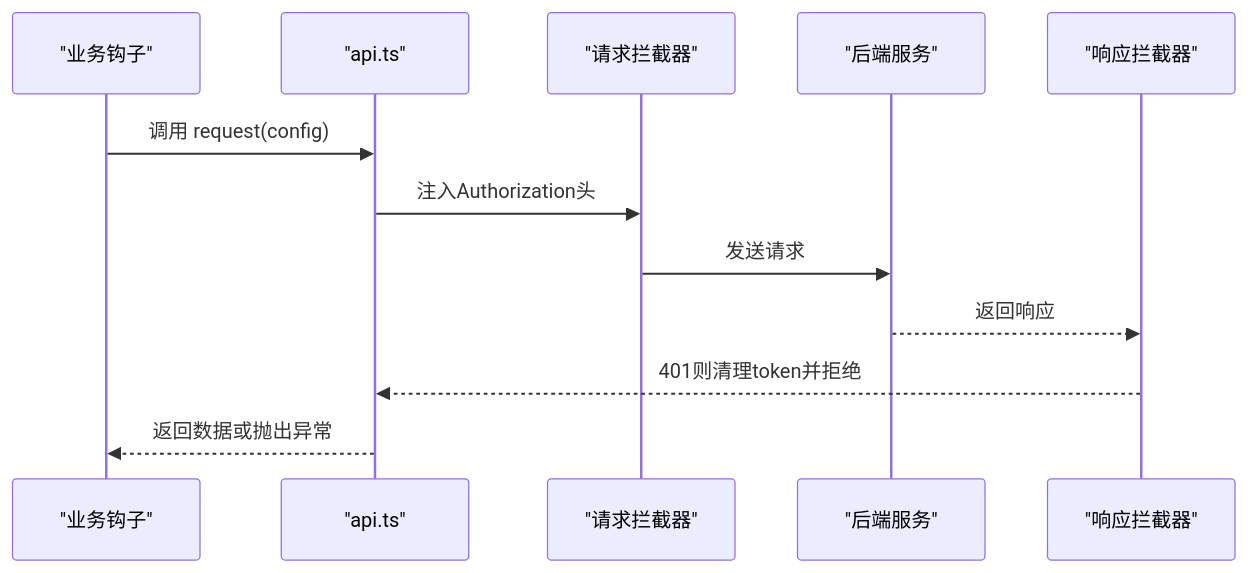
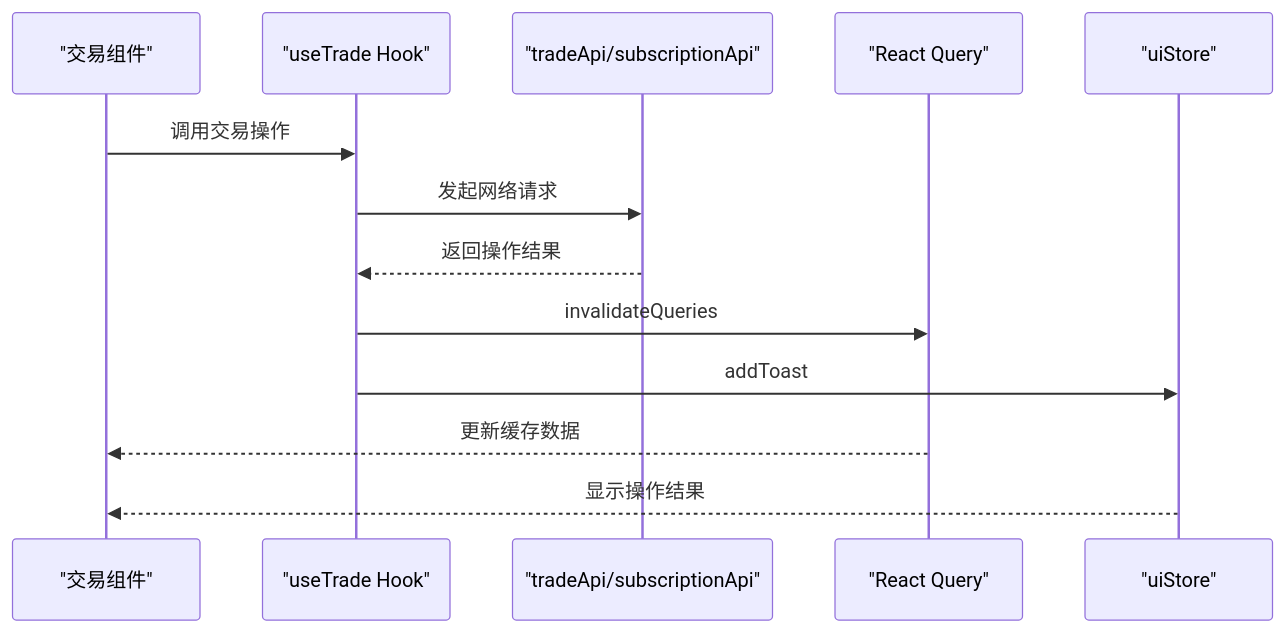
The eighth of 11 diagrams in .qoder/repowiki/zh/content/前端应用架构/状态管理策略/状态管理策略.md (gujialind/InvestRing), drawn with Mermaid before and after one commit. The commit also changed other lines of this file and 39 other files, not shown here.

````diff
--- a/.qoder/repowiki/zh/content/前端应用架构/状态管理策略/状态管理策略.md
+++ b/.qoder/repowiki/zh/content/前端应用架构/状态管理策略/状态管理策略.md
@@ -296,14 +433,15 @@
 ```mermaid
 sequenceDiagram
-participant Hook as "业务钩子"
-participant API as "api.ts"
-participant Interceptor as "请求拦截器"
-participant Server as "后端服务"
-participant Resp as "响应拦截器"
-Hook->>API : 调用 request(config)
-API->>Interceptor : 注入Authorization头
-Interceptor->>Server : 发送请求
-Server-->>Resp : 返回响应
-Resp-->>API : 401则清理token并拒绝
-API-->>Hook : 返回数据或抛出异常
+participant Component as "交易组件"
+participant Hook as "useTrade Hook"
+participant API as "tradeApi/subscriptionApi"
+participant QueryClient as "React Query"
+participant UIStore as "uiStore"
+Component->>Hook : 调用交易操作
+Hook->>API : 发起网络请求
+API-->>Hook : 返回操作结果
+Hook->>QueryClient : invalidateQueries
+Hook->>UIStore : addToast
+QueryClient-->>Component : 更新缓存数据
+UIStore-->>Component : 显示操作结果
 ```
````
